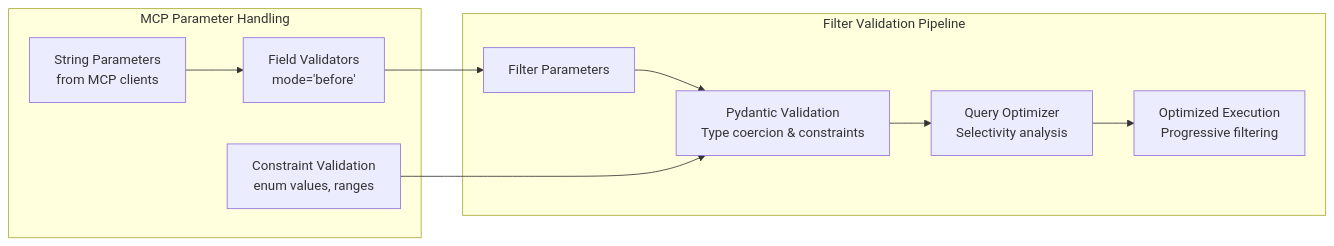
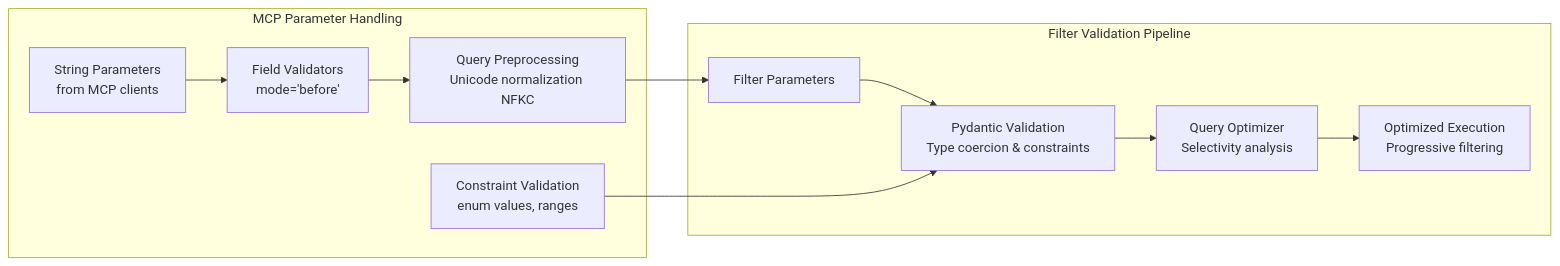
Before and after one commit to RimoVR/docsrs-mcp: diagram 12 of 23 in Architecture.md, drawn with Mermaid. The commit also changed other lines of this file and 6 other files, not shown here.

First line of the commit message:
feat: implement query preprocessing with Unicode normalization

````diff
--- a/Architecture.md
+++ b/Architecture.md
@@ -673,22 +674,24 @@
 ```mermaid
 graph LR
     subgraph "Filter Validation Pipeline"
         INPUT[Filter Parameters]
         VALIDATE[Pydantic Validation<br/>Type coercion & constraints]
         OPTIMIZE[Query Optimizer<br/>Selectivity analysis]
         EXECUTE[Optimized Execution<br/>Progressive filtering]
     end
     
     subgraph "MCP Parameter Handling"
         STRING_PARAMS[String Parameters<br/>from MCP clients]
         TYPE_COERCE[Field Validators<br/>mode='before']
+        QUERY_PREPROCESS[Query Preprocessing<br/>Unicode normalization NFKC]
         CONSTRAINT_CHECK[Constraint Validation<br/>enum values, ranges]
     end
     
     STRING_PARAMS --> TYPE_COERCE
-    TYPE_COERCE --> INPUT
+    TYPE_COERCE --> QUERY_PREPROCESS
+    QUERY_PREPROCESS --> INPUT
     INPUT --> VALIDATE
     VALIDATE --> OPTIMIZE
     OPTIMIZE --> EXECUTE
     CONSTRAINT_CHECK --> VALIDATE
 ```
````
